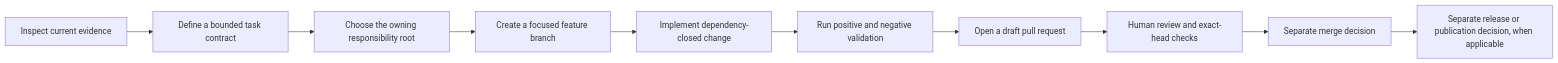
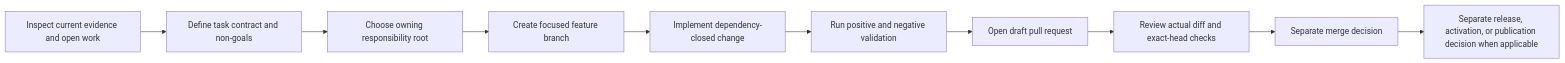
One commit to bartytime4life/Kansas-Frontier-Matrix changed the diagram in docs/wiki/Contributing.md. Above: the diagram before and after it, drawn with Mermaid. The commit also changed other lines of this file, not shown here.

````diff
--- a/docs/wiki/Contributing.md
+++ b/docs/wiki/Contributing.md
@@ -62,12 +121,12 @@
 ```mermaid
 flowchart LR
-    A["Inspect current evidence"] --> B["Define a bounded task contract"]
-    B --> C["Choose the owning responsibility root"]
-    C --> D["Create a focused feature branch"]
+    A["Inspect current evidence and open work"] --> B["Define task contract and non-goals"]
+    B --> C["Choose owning responsibility root"]
+    C --> D["Create focused feature branch"]
     D --> E["Implement dependency-closed change"]
     E --> F["Run positive and negative validation"]
-    F --> G["Open a draft pull request"]
-    G --> H["Human review and exact-head checks"]
+    F --> G["Open draft pull request"]
+    G --> H["Review actual diff and exact-head checks"]
     H --> I["Separate merge decision"]
-    I --> J["Separate release or publication decision, when applicable"]
+    I --> J["Separate release, activation, or publication decision when applicable"]
 ```
````
